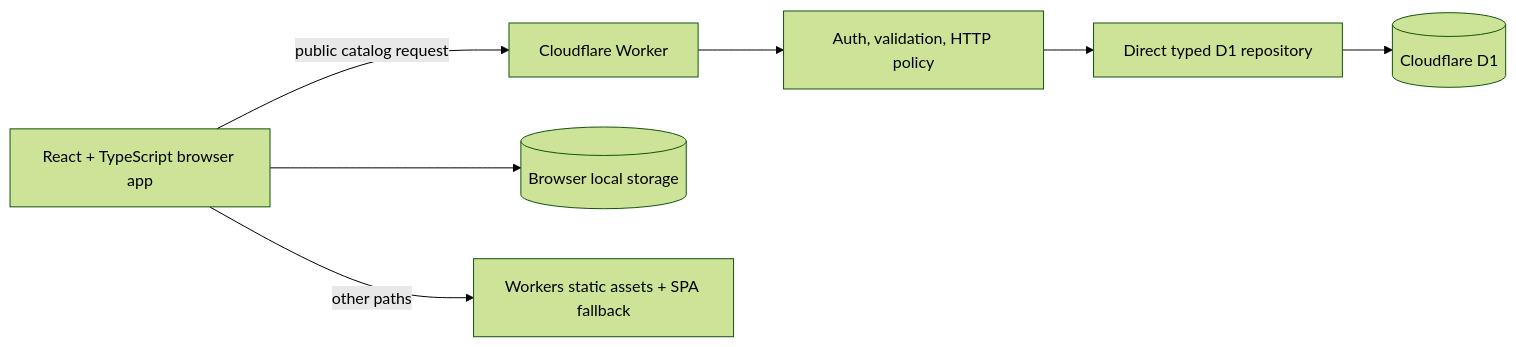
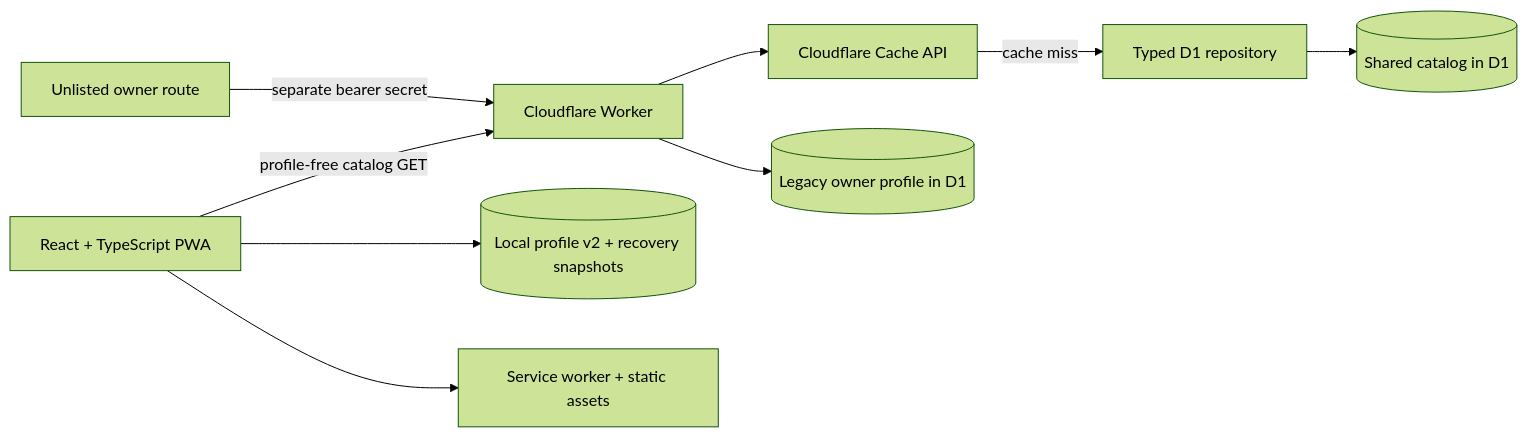
The diagram in docs/ARCHITECTURE.md (HoLeeChuck/dexly-pokemon-go-companion), drawn with Mermaid (forest theme) before and after one commit. The commit also changed other lines of this file and 45 other files, not shown here.

````diff
--- a/docs/ARCHITECTURE.md
+++ b/docs/ARCHITECTURE.md
@@ -7,9 +8,11 @@
 ```mermaid
 flowchart LR
-  B["React + TypeScript browser app"] -->|"public catalog request"| W["Cloudflare Worker"]
-  B --> L[("Browser local storage")]
-  W --> A["Auth, validation, HTTP policy"]
-  A --> R["Direct typed D1 repository"]
-  R --> D[("Cloudflare D1")]
-  B -->|"other paths"| S["Workers static assets + SPA fallback"]
+  B["React + TypeScript PWA"] -->|"profile-free catalog GET"| W["Cloudflare Worker"]
+  B --> L[("Local profile v2 + recovery snapshots")]
+  W --> C["Cloudflare Cache API"]
+  C -->|"cache miss"| R["Typed D1 repository"]
+  R --> D[("Shared catalog in D1")]
+  O["Unlisted owner route"] -->|"separate bearer secret"| W
+  W --> P[("Legacy owner profile in D1")]
+  B --> S["Service worker + static assets"]
 ```
````
